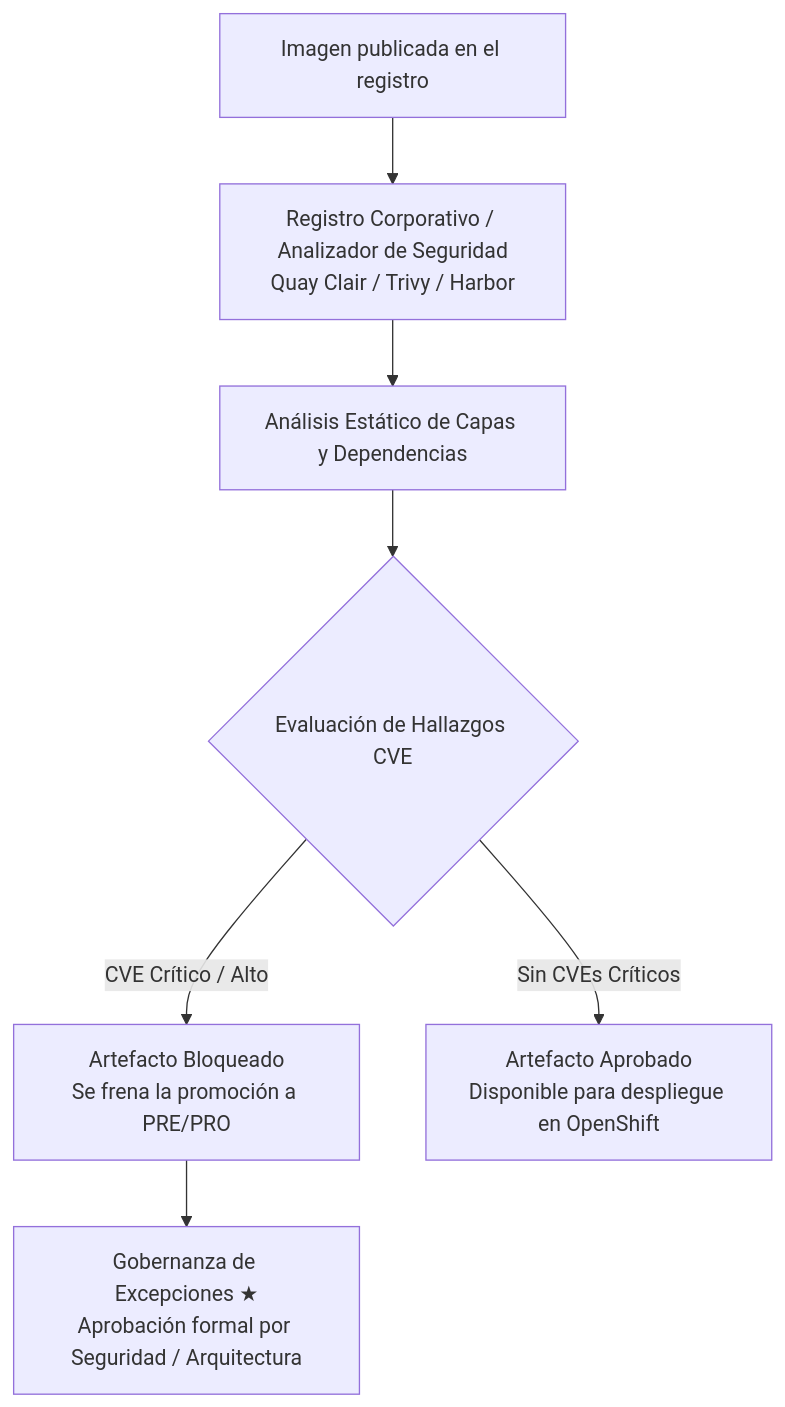
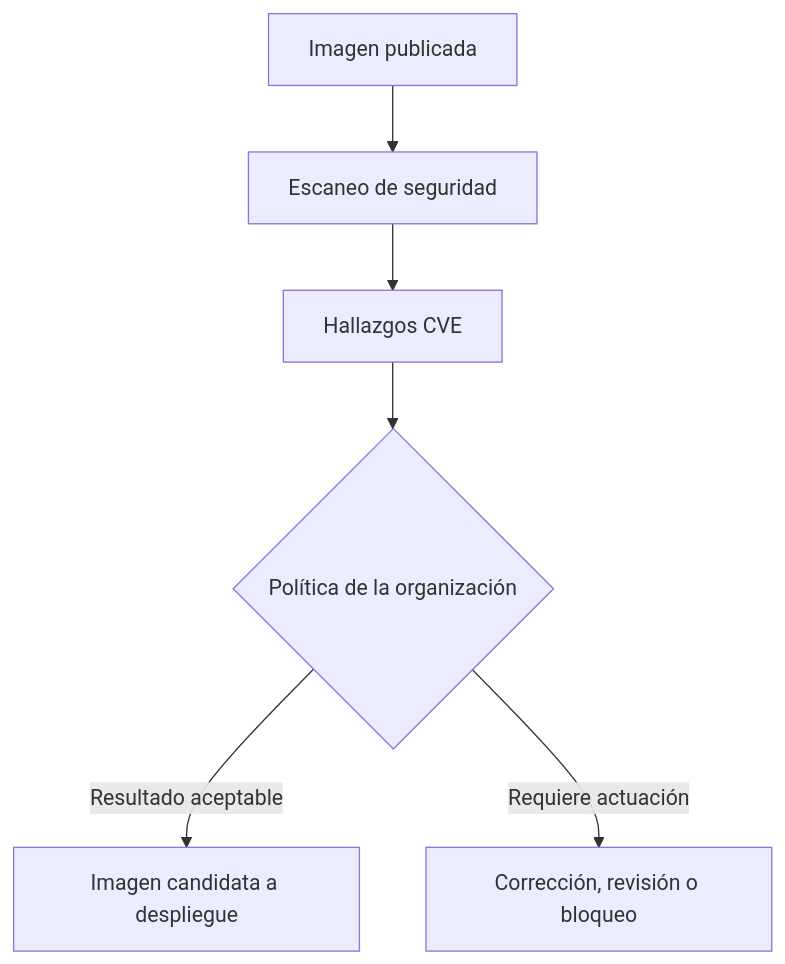
Before and after one commit to ieftraining/curso-openshift: the third of 3 diagrams in docs/sesion4/4.4 Registro, gestión y seguridad de imágenes.md, drawn with Mermaid. The commit also changed other lines of this file, not shown here.

````diff
--- a/docs/sesion4/4.4 Registro, gestión y seguridad de imágenes.md
+++ b/docs/sesion4/4.4 Registro, gestión y seguridad de imágenes.md
@@ -165,9 +209,8 @@
 ```mermaid
 flowchart TD
-    A[Imagen publicada en el registro] --> B[Registro Corporativo / Analizador de Seguridad<br>Quay Clair / Trivy / Harbor]
-    B --> C[Análisis Estático de Capas y Dependencias]
-    C --> D{Evaluación de Hallazgos CVE}
-    D -->|CVE Crítico / Alto| E[Artefacto Bloqueado<br>Se frena la promoción a PRE/PRO]
-    D -->|Sin CVEs Críticos| F[Artefacto Aprobado<br>Disponible para despliegue en OpenShift]
-    E --> G[Gobernanza de Excepciones ★<br>Aprobación formal por Seguridad / Arquitectura]
+    A[Imagen publicada] --> B[Escaneo de seguridad]
+    B --> C[Hallazgos CVE]
+    C --> D{Política de la organización}
+    D -->|Resultado aceptable| E[Imagen candidata a despliegue]
+    D -->|Requiere actuación| F[Corrección, revisión o bloqueo]
 ```
````
